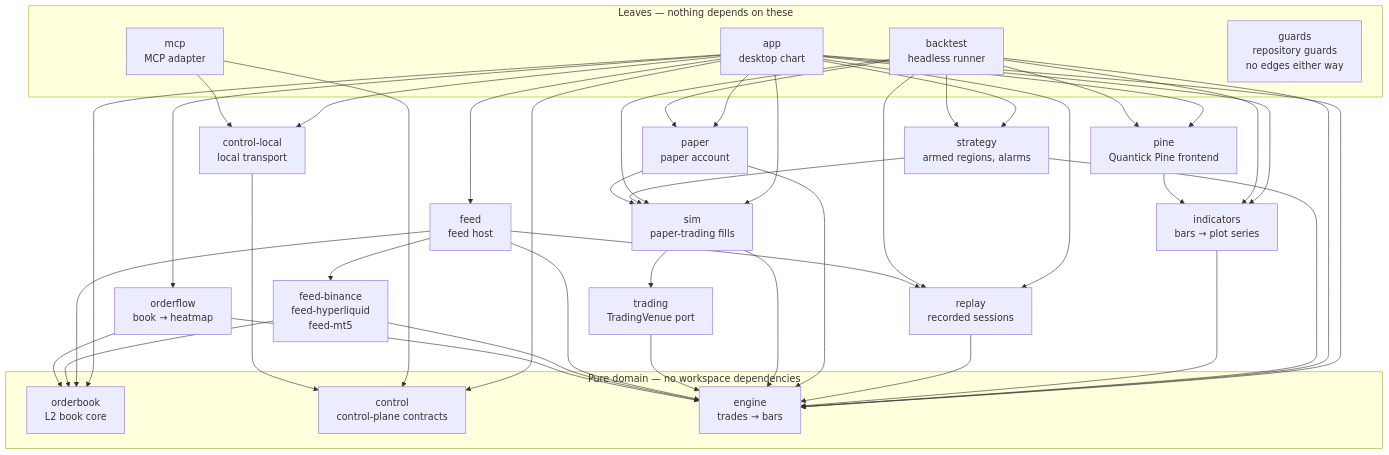
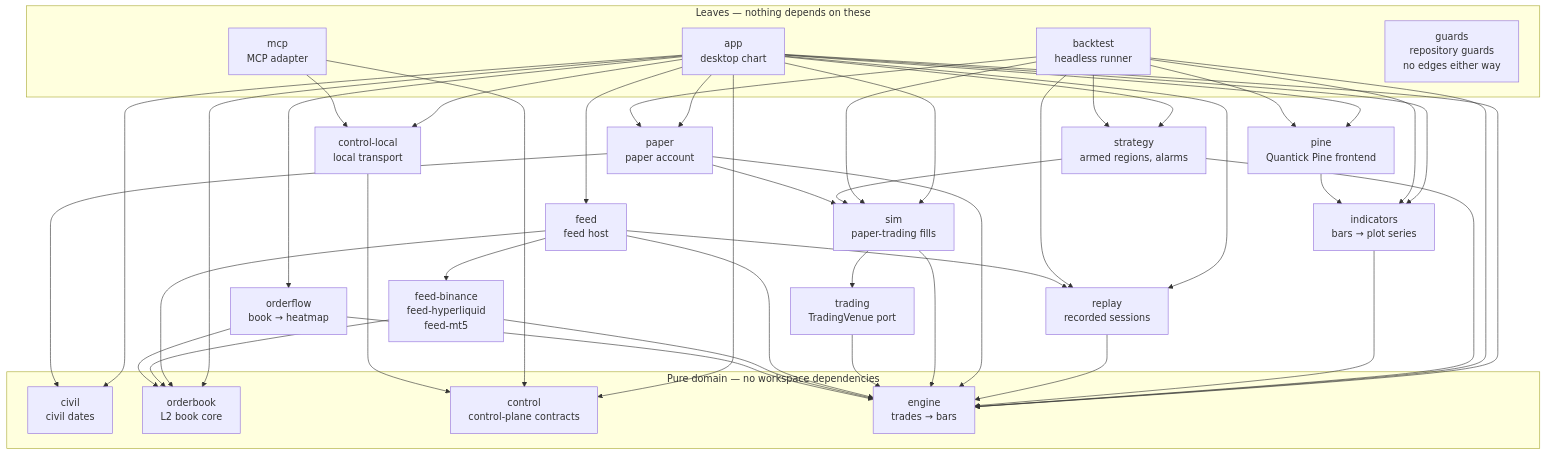
One commit to milocaetano/quantick changed the diagram in AGENTS.md. Above: the diagram before and after it, drawn with Mermaid. The commit also changed other lines of this file and 21 other files, not shown here.

````diff
--- a/AGENTS.md
+++ b/AGENTS.md
@@ -108,57 +108,60 @@
 ```mermaid
 graph TD
   subgraph leaves["Leaves — nothing depends on these"]
     app["app<br/>desktop chart"]
     backtest["backtest<br/>headless runner"]
     mcp["mcp<br/>MCP adapter"]
     guards["guards<br/>repository guards<br/>no edges either way"]
   end
 
   app --> pine
   app --> indicators
   app --> strategy
   app --> sim
   app --> paper
+  app --> civil
   app --> replay
   app --> orderbook
   app --> orderflow
   app --> feed
   app --> control
   app --> controllocal
   app --> engine
   backtest --> strategy
   backtest --> pine
   backtest --> indicators
   backtest --> replay
   backtest --> sim
   backtest --> paper
   backtest --> engine
   mcp --> controllocal
   mcp --> control
 
   pine["pine<br/>Quantick Pine frontend"] --> indicators
   strategy["strategy<br/>armed regions, alarms"] --> sim
   strategy --> engine
   controllocal["control-local<br/>local transport"] --> control
   indicators["indicators<br/>bars → plot series"] --> engine
   replay["replay<br/>recorded sessions"] --> engine
   paper["paper<br/>paper account"] --> sim
   paper --> engine
+  paper --> civil
   sim["sim<br/>paper-trading fills"] --> trading
   sim --> engine
   trading["trading<br/>TradingVenue port"] --> engine
   feed["feed<br/>feed host"] --> feeds
   feed --> replay
   feed --> orderbook
   feed --> engine
   feeds["feed-binance<br/>feed-hyperliquid<br/>feed-mt5"] --> engine
   feeds --> orderbook
   orderflow["orderflow<br/>book → heatmap"] --> engine
   orderflow --> orderbook
 
   subgraph pure["Pure domain — no workspace dependencies"]
     engine["engine<br/>trades → bars"]
     orderbook["orderbook<br/>L2 book core"]
     control["control<br/>control-plane contracts"]
+    civil["civil<br/>civil dates"]
   end
 ```
````
